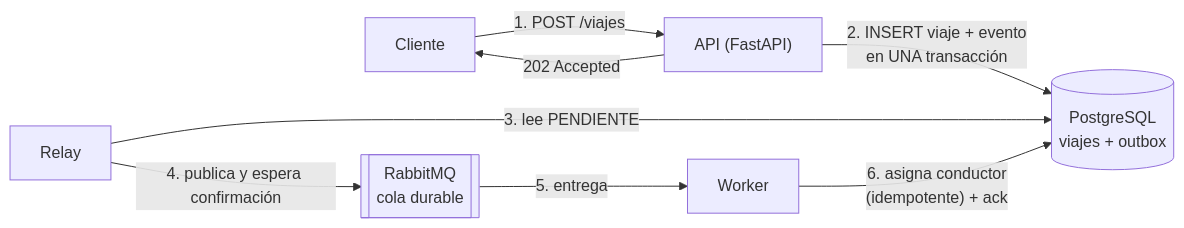
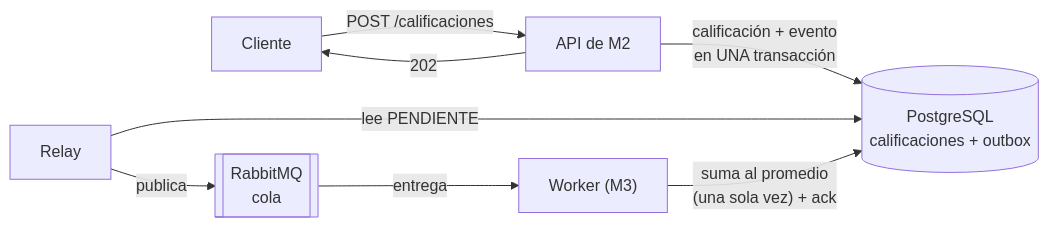
The diagram in README.md (Lucasema/2026-01-investigacion), drawn with Mermaid before and after one commit. The commit also changed other lines of this file and 15 other files, not shown here.

````diff
--- a/README.md
+++ b/README.md
@@ -25,10 +14,10 @@
 ```mermaid
 flowchart LR
-    C["Cliente"] -->|"1. POST /viajes"| API["API (FastAPI)"]
-    API -->|"202 Accepted"| C
-    API -->|"2. INSERT viaje + evento<br/>en UNA transacción"| DB[("PostgreSQL<br/>viajes + outbox")]
-    R["Relay"] -->|"3. lee PENDIENTE"| DB
-    R -->|"4. publica y espera confirmación"| Q[["RabbitMQ<br/>cola durable"]]
-    Q -->|"5. entrega"| W["Worker"]
-    W -->|"6. asigna conductor<br/>(idempotente) + ack"| DB
+    C["Cliente"] -->|"POST /calificaciones"| API["API de M2"]
+    API -->|"202"| C
+    API -->|"calificación + evento<br/>en UNA transacción"| DB[("PostgreSQL<br/>calificaciones + outbox")]
+    R["Relay"] -->|"lee PENDIENTE"| DB
+    R -->|"publica"| Q[["RabbitMQ<br/>cola"]]
+    Q -->|"entrega"| W["Worker (M3)"]
+    W -->|"suma al promedio<br/>(una sola vez) + ack"| DB
 ```
````
